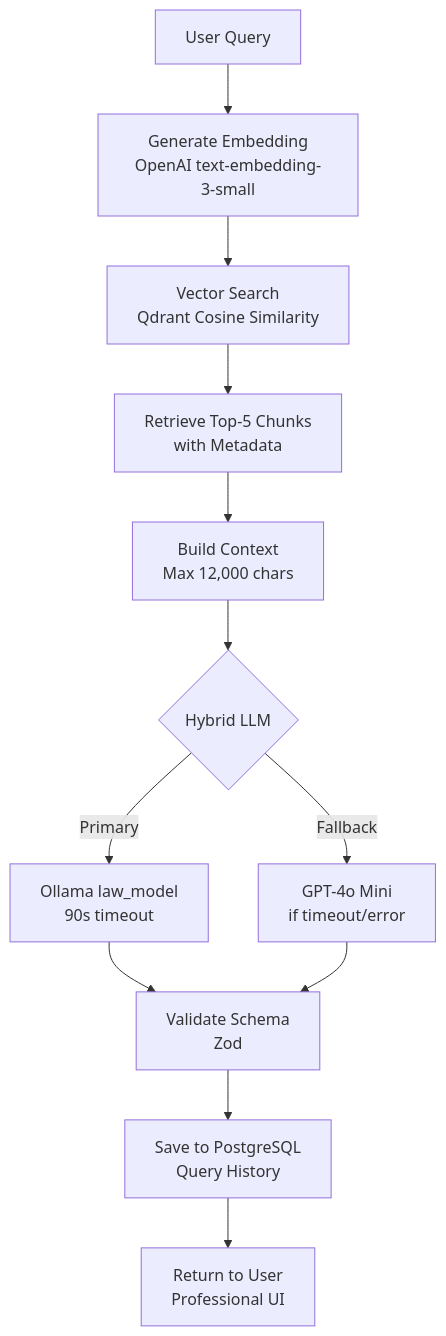
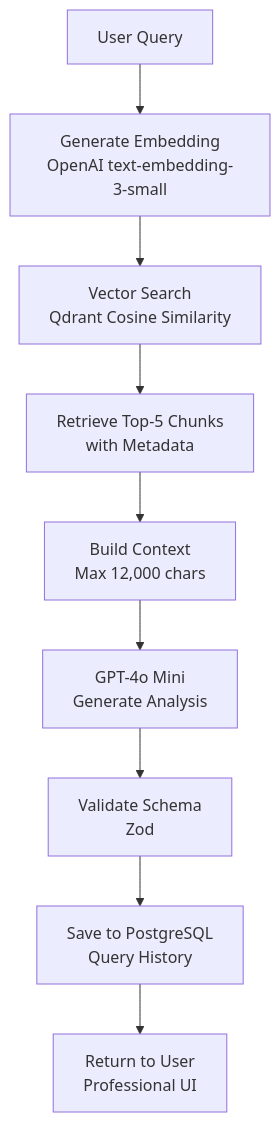
The second of 2 diagrams in README.md (baderale/Taxentia-AI), drawn with Mermaid before and after one commit. The commit also changed other lines of this file and 6 other files, not shown here.

First line of the commit message:
refactor: remove Ollama and switch to GPT-4o Mini only

````diff
--- a/README.md
+++ b/README.md
@@ -338,14 +324,11 @@
 ```mermaid
 graph TB
     A[User Query] --> B[Generate Embedding<br/>OpenAI text-embedding-3-small]
     B --> C[Vector Search<br/>Qdrant Cosine Similarity]
     C --> D[Retrieve Top-5 Chunks<br/>with Metadata]
     D --> E[Build Context<br/>Max 12,000 chars]
-    E --> F{Hybrid LLM}
-    F -->|Primary| G[Ollama law_model<br/>90s timeout]
-    F -->|Fallback| H[GPT-4o Mini<br/>if timeout/error]
-    G --> I[Validate Schema<br/>Zod]
-    H --> I
-    I --> J[Save to PostgreSQL<br/>Query History]
-    J --> K[Return to User<br/>Professional UI]
+    E --> F[GPT-4o Mini<br/>Generate Analysis]
+    F --> G[Validate Schema<br/>Zod]
+    G --> H[Save to PostgreSQL<br/>Query History]
+    H --> I[Return to User<br/>Professional UI]
 ```
````
